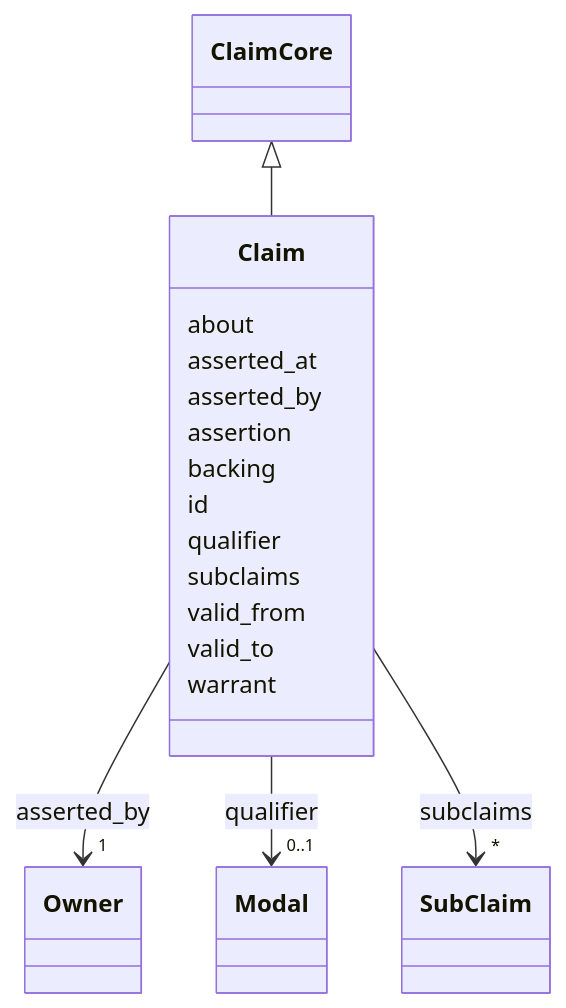
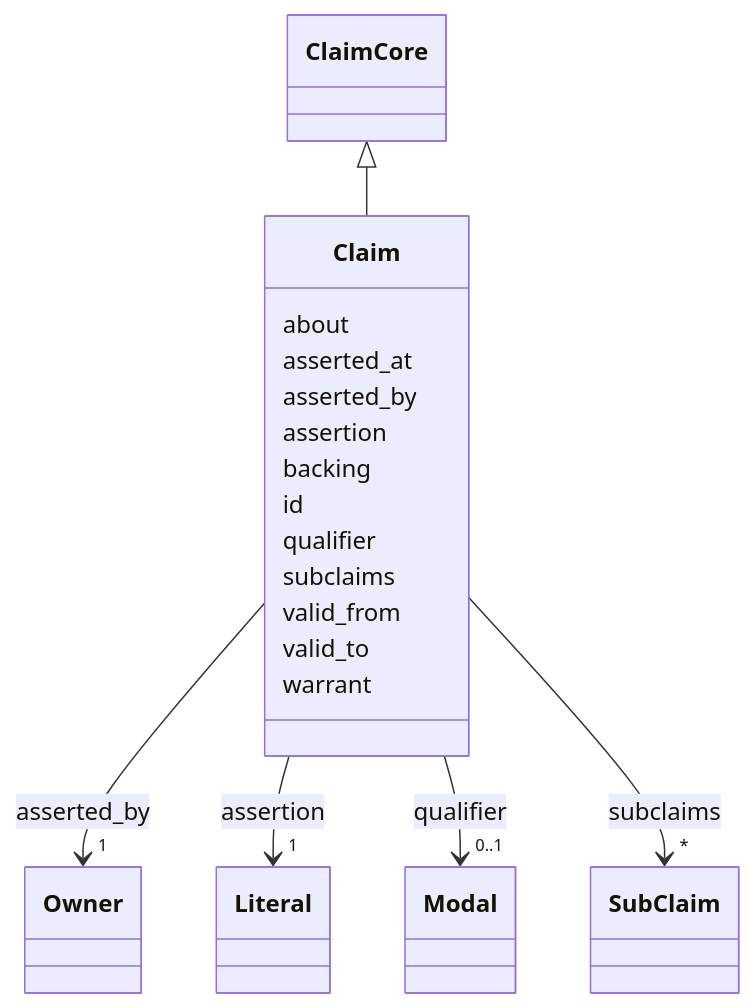
The diagram in spikes/v3/v3a-prolog/linkml/docs/schema/Claim.md (matthiasautrata/llm-policy-reasoning), drawn with Mermaid before and after one commit. The commit also changed other lines of this file and 54 other files, not shown here.

````diff
--- a/spikes/v3/v3a-prolog/linkml/docs/schema/Claim.md
+++ b/spikes/v3/v3a-prolog/linkml/docs/schema/Claim.md
@@ -18,58 +18,67 @@
 ```mermaid
  classDiagram
     class Claim
     click Claim href "../Claim/"
       ClaimCore <|-- Claim
         click ClaimCore href "../ClaimCore/"
       
       Claim : about
         
       Claim : asserted_at
         
       Claim : asserted_by
         
           
     
         
         
         Claim --> "1" Owner : asserted_by
         click Owner href "../Owner/"
     
 
         
       Claim : assertion
+        
+          
+    
+        
+        
+        Claim --> "1" Literal : assertion
+        click Literal href "../Literal/"
+    
+
         
       Claim : backing
         
       Claim : id
         
       Claim : qualifier
         
           
     
         
         
         Claim --> "0..1" Modal : qualifier
         click Modal href "../Modal/"
     
 
         
       Claim : subclaims
         
           
     
         
         
         Claim --> "*" SubClaim : subclaims
         click SubClaim href "../SubClaim/"
     
 
         
       Claim : valid_from
         
       Claim : valid_to
         
       Claim : warrant
         
       
 ```
````
